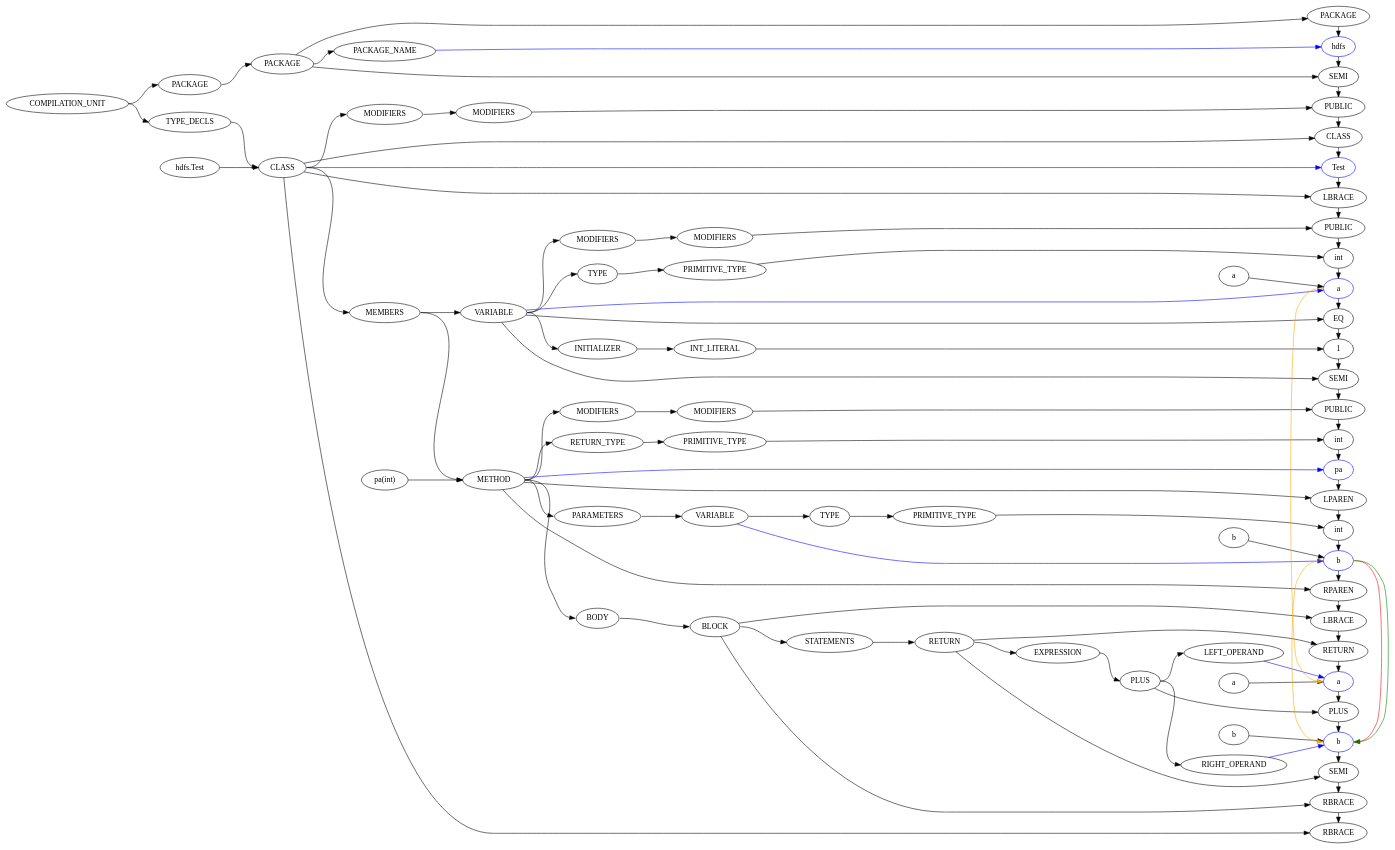
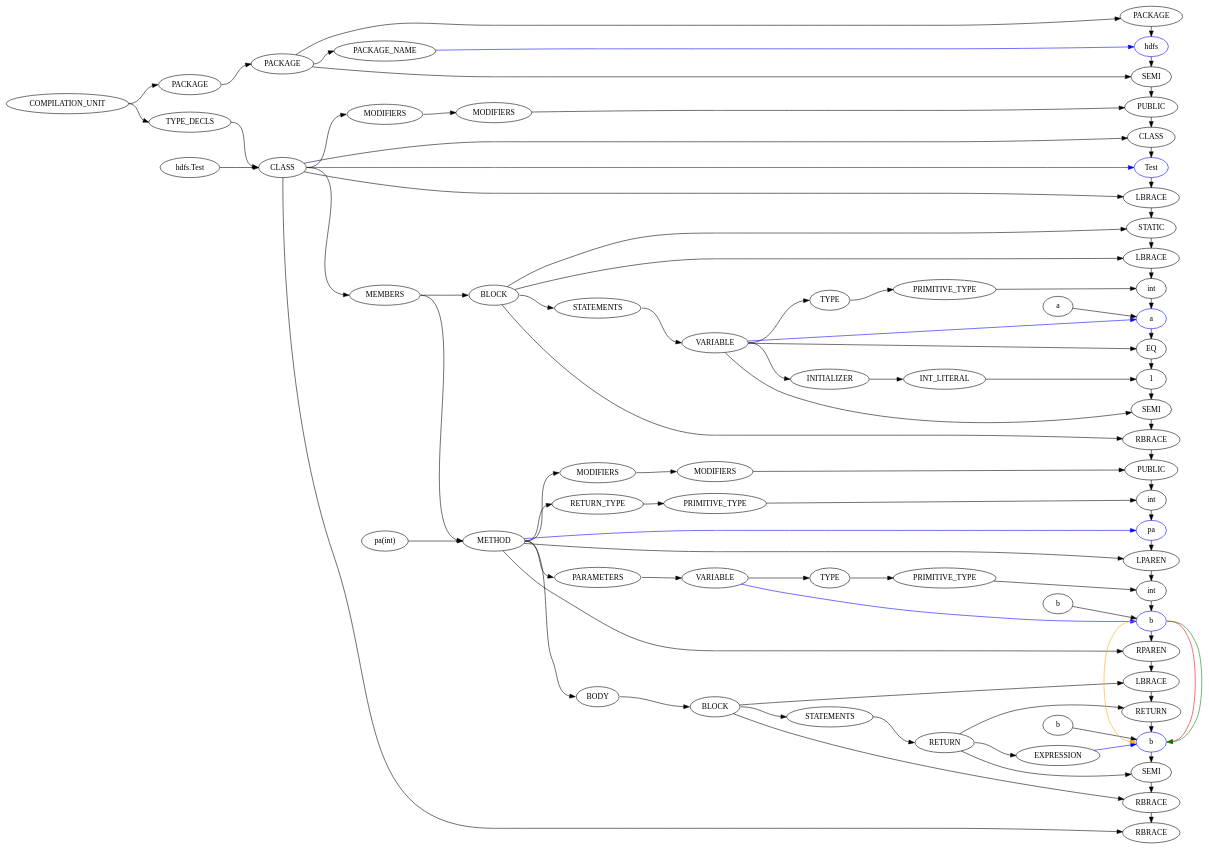
One commit to SamuelGabriel/CodePrediction changed the diagram in Test.java.dot. Above: the diagram before and after it, drawn with Graphviz. The commit also changed 5 other files, not shown here.

```diff
--- a/Test.java.dot
+++ b/Test.java.dot
@@ -21,130 +21,120 @@
  }
  subgraph {
   rank=same;
+9 [ label="MEMBERS" ];
+
 7 [ label="MODIFIERS" ];
-
-9 [ label="MEMBERS" ];
 
 3 [ label="PACKAGE_NAME" ];
 
  }
  subgraph {
   rank=same;
+19 [ label="METHOD" ];
+
+10 [ label="BLOCK" ];
+
 8 [ label="MODIFIERS" ];
-
-17 [ label="METHOD" ];
-
-10 [ label="VARIABLE" ];
 
  }
  subgraph {
   rank=same;
-22 [ label="PARAMETERS" ];
+22 [ label="RETURN_TYPE" ];
 
-18 [ label="MODIFIERS" ];
+20 [ label="MODIFIERS" ];
 
-28 [ label="BODY" ];
+24 [ label="PARAMETERS" ];
 
-20 [ label="RETURN_TYPE" ];
+30 [ label="BODY" ];
 
-15 [ label="INITIALIZER" ];
-
-13 [ label="TYPE" ];
-
-11 [ label="MODIFIERS" ];
+11 [ label="STATEMENTS" ];
 
  }
  subgraph {
   rank=same;
-23 [ label="VARIABLE" ];
+23 [ label="PRIMITIVE_TYPE" ];
 
-19 [ label="MODIFIERS" ];
+21 [ label="MODIFIERS" ];
 
-29 [ label="BLOCK" ];
+25 [ label="VARIABLE" ];
 
-21 [ label="PRIMITIVE_TYPE" ];
+31 [ label="BLOCK" ];
 
-16 [ label="INT_LITERAL" ];
-
-14 [ label="PRIMITIVE_TYPE" ];
-
-12 [ label="MODIFIERS" ];
+12 [ label="VARIABLE" ];
 
  }
  subgraph {
   rank=same;
-26 [ label="TYPE" ];
+28 [ label="TYPE" ];
 
-30 [ label="STATEMENTS" ];
+32 [ label="STATEMENTS" ];
+
+15 [ label="TYPE" ];
+
+17 [ label="INITIALIZER" ];
 
  }
  subgraph {
   rank=same;
-27 [ label="PRIMITIVE_TYPE" ];
+29 [ label="PRIMITIVE_TYPE" ];
 
-31 [ label="RETURN" ];
+33 [ label="RETURN" ];
+
+16 [ label="PRIMITIVE_TYPE" ];
+
+18 [ label="INT_LITERAL" ];
 
  }
  subgraph {
   rank=same;
-32 [ label="EXPRESSION" ];
-
- }
- subgraph {
-  rank=same;
-33 [ label="PLUS" ];
-
- }
- subgraph {
-  rank=same;
-36 [ label="RIGHT_OPERAND" ];
-
-34 [ label="LEFT_OPERAND" ];
+34 [ label="EXPRESSION" ];
 
  }
  subgraph {
  }
  subgraph {
-66 [ label="hdfs.Test" ];
+64 [ label="hdfs.Test" ];
 
-70 [ label="a" ];
+68 [ label="a" ];
 
-71 [ label="pa(int)" ];
+69 [ label="pa(int)" ];
 
-72 [ label="b" ];
+70 [ label="b" ];
 
-73 [ label="a" ];
-
-74 [ label="b" ];
+71 [ label="b" ];
 
  }
  subgraph {
   rank=max;
-38 [ label="PACKAGE" ];
+36 [ label="PACKAGE" ];
 
-39 [ label="hdfs" , color=blue];
+37 [ label="hdfs" , color=blue];
 
-40 [ label="SEMI" ];
+38 [ label="SEMI" ];
 
-41 [ label="PUBLIC" ];
+39 [ label="PUBLIC" ];
 
-42 [ label="CLASS" ];
+40 [ label="CLASS" ];
 
-43 [ label="Test" , color=blue];
+41 [ label="Test" , color=blue];
+
+42 [ label="LBRACE" ];
+
+43 [ label="STATIC" ];
 
 44 [ label="LBRACE" ];
 
-45 [ label="PUBLIC" ];
+45 [ label="int" ];
 
-46 [ label="int" ];
+46 [ label="a" , color=blue];
 
-47 [ label="a" , color=blue];
+47 [ label="EQ" ];
 
-48 [ label="EQ" ];
+48 [ label="1" ];
 
-49 [ label="1" ];
+49 [ label="SEMI" ];
 
-50 [ label="SEMI" ];
+50 [ label="RBRACE" ];
 
 51 [ label="PUBLIC" ];
 
@@ -164,17 +154,13 @@
 
 59 [ label="RETURN" ];
 
-60 [ label="a" , color=blue];
+60 [ label="b" , color=blue];
 
-61 [ label="PLUS" ];
+61 [ label="SEMI" ];
 
-62 [ label="b" , color=blue];
+62 [ label="RBRACE" ];
 
-63 [ label="SEMI" ];
-
-64 [ label="RBRACE" ];
-
-65 [ label="RBRACE" ];
+63 [ label="RBRACE" ];
 
  }
 0 -> 1 [ headport=w, tailport=e];
@@ -199,37 +185,33 @@
 
 11 -> 12 [ headport=w, tailport=e];
 
-10 -> 13 [ headport=w, tailport=e];
-
-13 -> 14 [ headport=w, tailport=e];
-
-10 -> 15 [ headport=w, tailport=e];
+12 -> 15 [ headport=w, tailport=e];
 
 15 -> 16 [ headport=w, tailport=e];
 
-9 -> 17 [ headport=w, tailport=e];
+12 -> 17 [ headport=w, tailport=e];
 
 17 -> 18 [ headport=w, tailport=e];
 
-18 -> 19 [ headport=w, tailport=e];
+9 -> 19 [ headport=w, tailport=e];
 
-17 -> 20 [ headport=w, tailport=e];
+19 -> 20 [ headport=w, tailport=e];
 
 20 -> 21 [ headport=w, tailport=e];
 
-17 -> 22 [ headport=w, tailport=e];
+19 -> 22 [ headport=w, tailport=e];
 
 22 -> 23 [ headport=w, tailport=e];
 
-23 -> 26 [ headport=w, tailport=e];
+19 -> 24 [ headport=w, tailport=e];
 
-26 -> 27 [ headport=w, tailport=e];
+24 -> 25 [ headport=w, tailport=e];
 
-17 -> 28 [ headport=w, tailport=e];
+25 -> 28 [ headport=w, tailport=e];
 
 28 -> 29 [ headport=w, tailport=e];
 
-29 -> 30 [ headport=w, tailport=e];
+19 -> 30 [ headport=w, tailport=e];
 
 30 -> 31 [ headport=w, tailport=e];
 
@@ -239,7 +221,9 @@
 
 33 -> 34 [ headport=w, tailport=e];
 
-33 -> 36 [ headport=w, tailport=e];
+36 -> 37 [ headport=n, tailport=s, weight=1000];
+
+37 -> 38 [ headport=n, tailport=s, weight=1000];
 
 38 -> 39 [ headport=n, tailport=s, weight=1000];
 
@@ -291,84 +275,76 @@
 
 62 -> 63 [ headport=n, tailport=s, weight=1000];
 
-63 -> 64 [ headport=n, tailport=s, weight=1000];
+12 -> 46 [ color=blue];
 
-64 -> 65 [ headport=n, tailport=s, weight=1000];
+25 -> 56 [ color=blue];
 
-10 -> 47 [ color=blue];
-
-23 -> 56 [ color=blue];
+2 -> 36 [ ];
 
 2 -> 38 [ ];
 
-2 -> 40 [ ];
+8 -> 39 [ ];
 
-8 -> 41 [ ];
+6 -> 40 [ ];
+
+6 -> 41 [ color=blue];
 
 6 -> 42 [ ];
 
-6 -> 43 [ color=blue];
+10 -> 43 [ ];
 
-6 -> 44 [ ];
+10 -> 44 [ ];
 
-12 -> 45 [ ];
+16 -> 45 [ ];
 
-14 -> 46 [ ];
+12 -> 47 [ ];
 
-10 -> 48 [ ];
+18 -> 48 [ ];
 
-16 -> 49 [ ];
+12 -> 49 [ ];
 
 10 -> 50 [ ];
 
-19 -> 51 [ ];
+21 -> 51 [ ];
 
-21 -> 52 [ ];
+23 -> 52 [ ];
 
-17 -> 53 [ color=blue];
+19 -> 53 [ color=blue];
 
-17 -> 54 [ ];
+19 -> 54 [ ];
 
-27 -> 55 [ ];
+29 -> 55 [ ];
 
-17 -> 57 [ ];
+19 -> 57 [ ];
 
-29 -> 58 [ ];
+31 -> 58 [ ];
 
-31 -> 59 [ ];
+33 -> 59 [ ];
 
 33 -> 61 [ ];
 
-31 -> 63 [ ];
+31 -> 62 [ ];
 
-29 -> 64 [ ];
+6 -> 63 [ ];
 
-6 -> 65 [ ];
-
-3 -> 39 [ color=blue];
+3 -> 37 [ color=blue];
 
 34 -> 60 [ color=blue];
 
-36 -> 62 [ color=blue];
+56 -> 60 [ headport=e, tailport=e, color=red, weight=0];
 
-56 -> 62 [ headport=e, tailport=e, color=red, weight=0];
+56 -> 60 [ headport=e, tailport=e, color=green, weight=0];
 
-56 -> 62 [ headport=e, tailport=e, color=green, weight=0];
+56 -> 60 [ headport=w, tailport=w, color=orange, weight=0];
 
-47 -> 60 [ headport=w, tailport=w, color=orange, weight=0];
+64 -> 6 [ ];
 
-56 -> 62 [ headport=w, tailport=w, color=orange, weight=0];
+68 -> 46 [ ];
 
-66 -> 6 [ ];
+69 -> 19 [ ];
 
-70 -> 47 [ ];
+70 -> 56 [ ];
 
-71 -> 17 [ ];
-
-72 -> 56 [ ];
-
-73 -> 60 [ ];
-
-74 -> 62 [ ];
+71 -> 60 [ ];
 
 }
```
